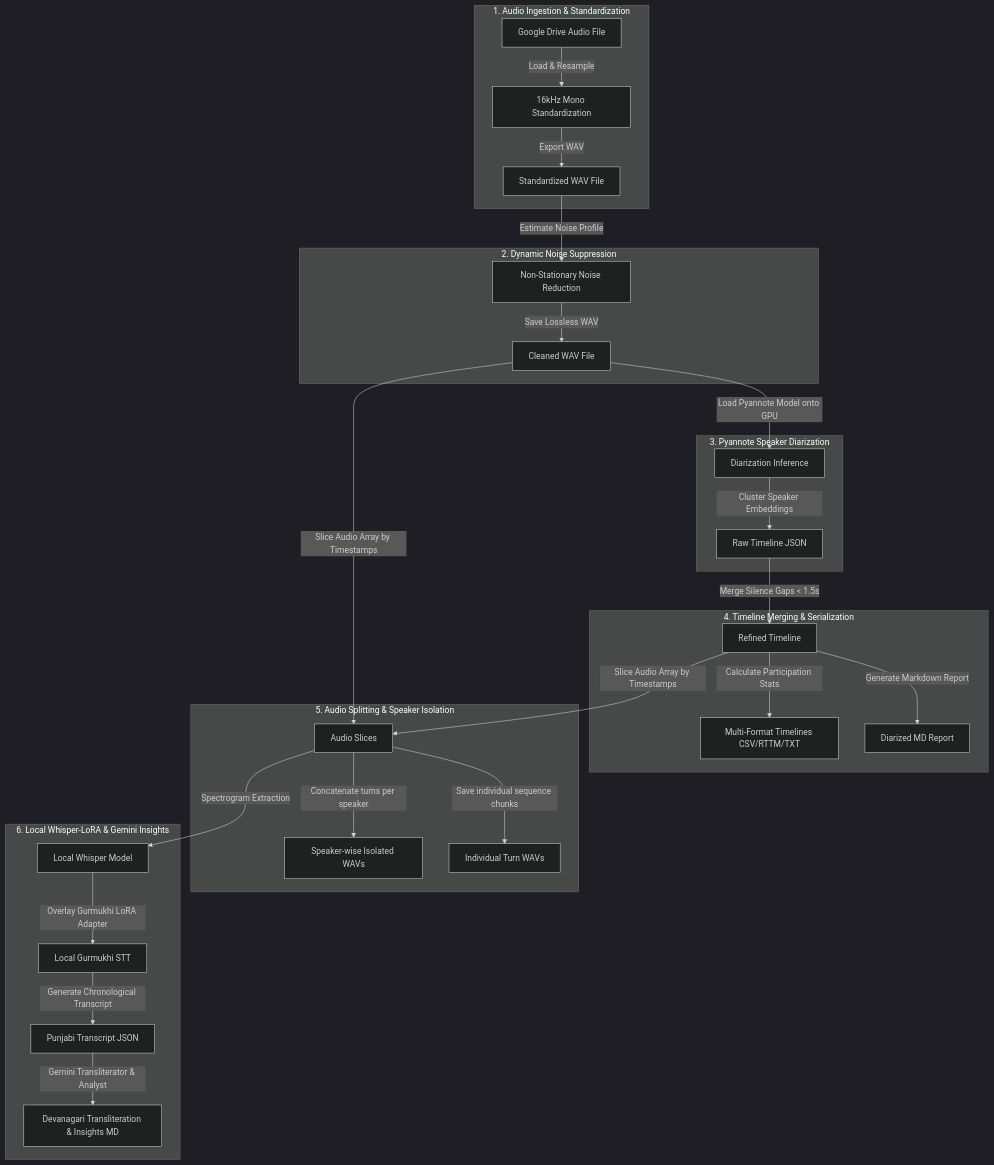
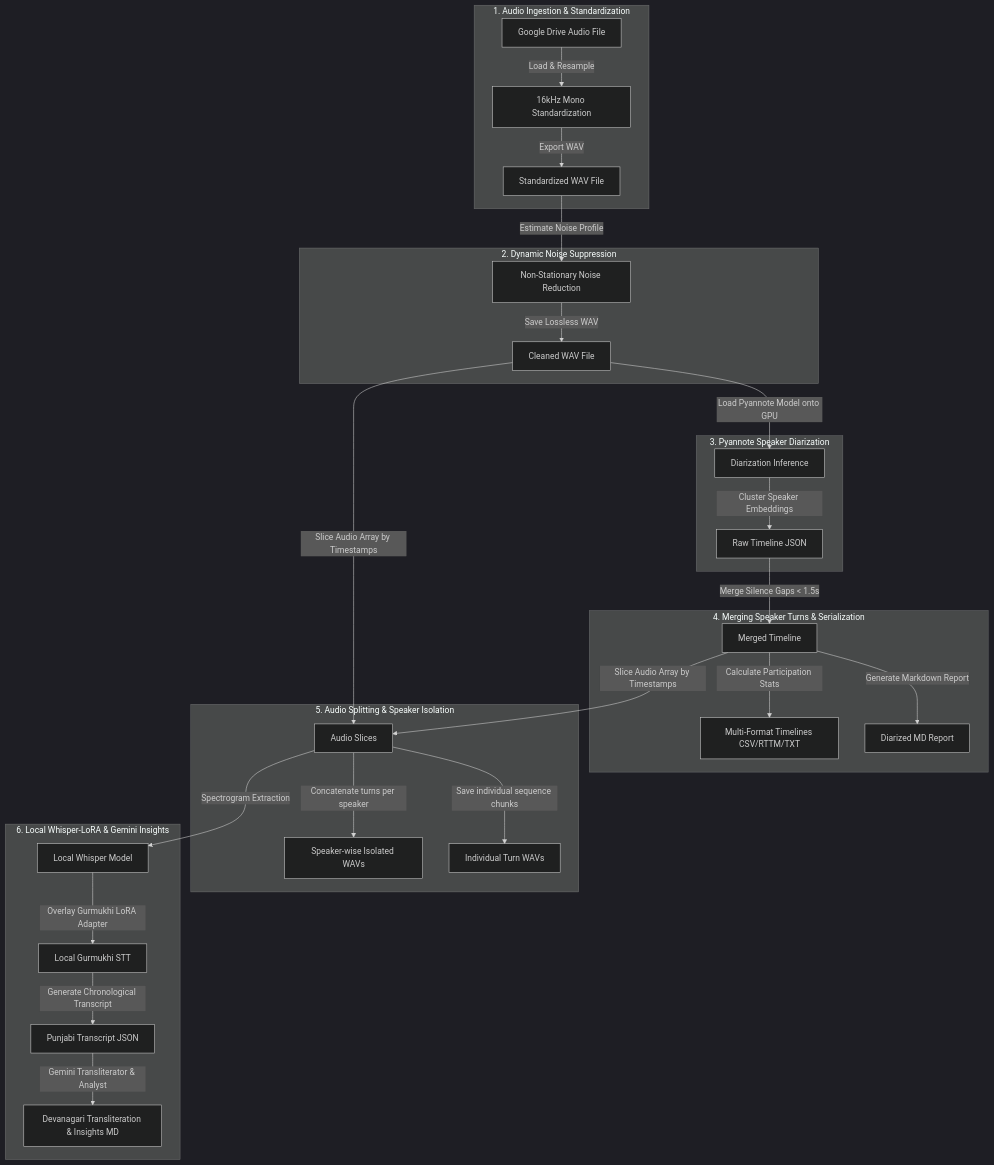
Before and after one commit to Abhishek-S0111/outreach_stt: the diagram in Notebooks/Pipeline/README.md, drawn with Mermaid (dark theme). The commit also changed other lines of this file and 35 other files, not shown here.

````diff
--- a/Notebooks/Pipeline/README.md
+++ b/Notebooks/Pipeline/README.md
@@ -10,36 +10,36 @@
 ```mermaid
 graph TD
     subgraph Ingestion [1. Audio Ingestion & Standardization]
         A1[Google Drive Audio File] -->|Load & Resample| A2[16kHz Mono Standardization]
         A2 -->|Export WAV| A3[Standardized WAV File]
     end
 
     subgraph Suppression [2. Dynamic Noise Suppression]
         A3 -->|Estimate Noise Profile| B1[Non-Stationary Noise Reduction]
         B1 -->|Save Lossless WAV| B2[Cleaned WAV File]
     end
 
     subgraph Diarization [3. Pyannote Speaker Diarization]
         B2 -->|Load Pyannote Model onto GPU| C1[Diarization Inference]
         C1 -->|Cluster Speaker Embeddings| C2[Raw Timeline JSON]
     end
 
-    subgraph Refinement [4. Timeline Merging & Serialization]
-        C2 -->|Merge Silence Gaps < 1.5s| D1[Refined Timeline]
+    subgraph Refinement [4. Merging Speaker Turns & Serialization]
+        C2 -->|Merge Silence Gaps < 1.5s| D1[Merged Timeline]
         D1 -->|Calculate Participation Stats| D2[Multi-Format Timelines CSV/RTTM/TXT]
         D1 -->|Generate Markdown Report| D3[Diarized MD Report]
     end
 
     subgraph Splitting [5. Audio Splitting & Speaker Isolation]
         B2 & D1 -->|Slice Audio Array by Timestamps| E1[Audio Slices]
         E1 -->|Concatenate turns per speaker| E2[Speaker-wise Isolated WAVs]
         E1 -->|Save individual sequence chunks| E3[Individual Turn WAVs]
     end
 
     subgraph Transcription [6. Local Whisper-LoRA & Gemini Insights]
         E1 -->|Spectrogram Extraction| F1[Local Whisper Model]
         F1 -->|Overlay Gurmukhi LoRA Adapter| F2[Local Gurmukhi STT]
         F2 -->|Generate Chronological Transcript| F3[Punjabi Transcript JSON]
         F3 -->|Gemini Transliterator & Analyst| F4[Devanagari Transliteration & Insights MD]
     end
 ```
````
